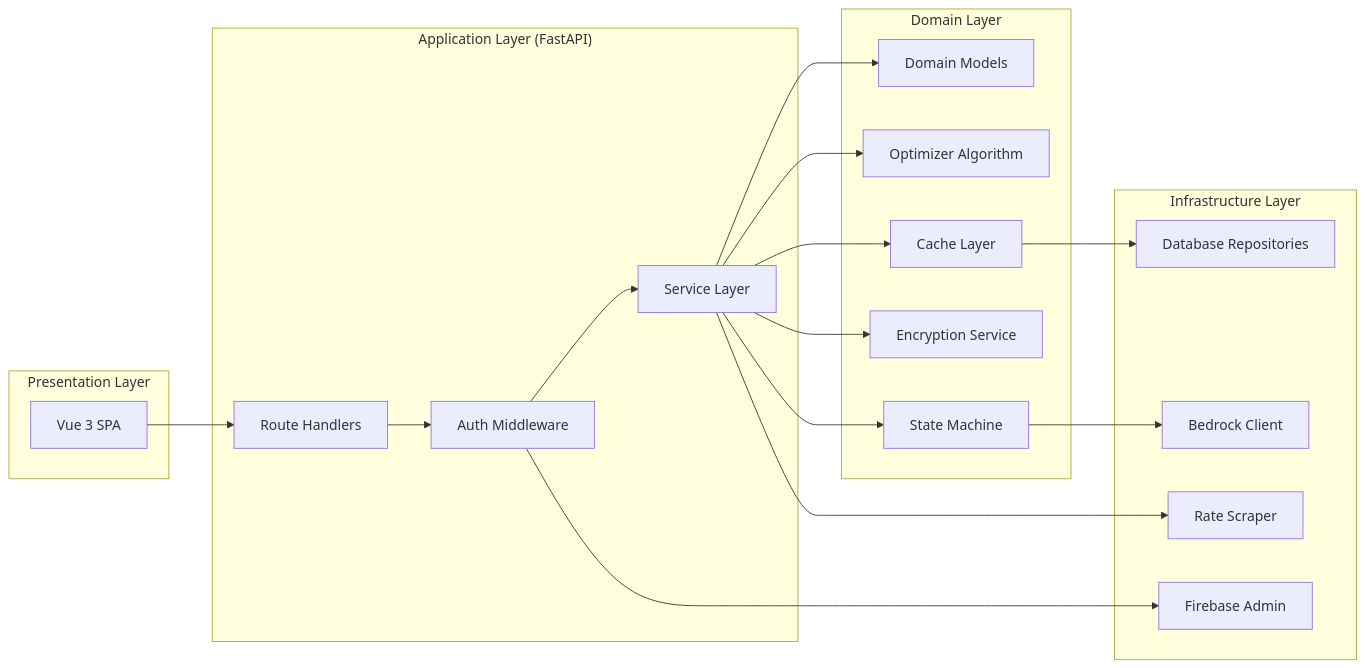
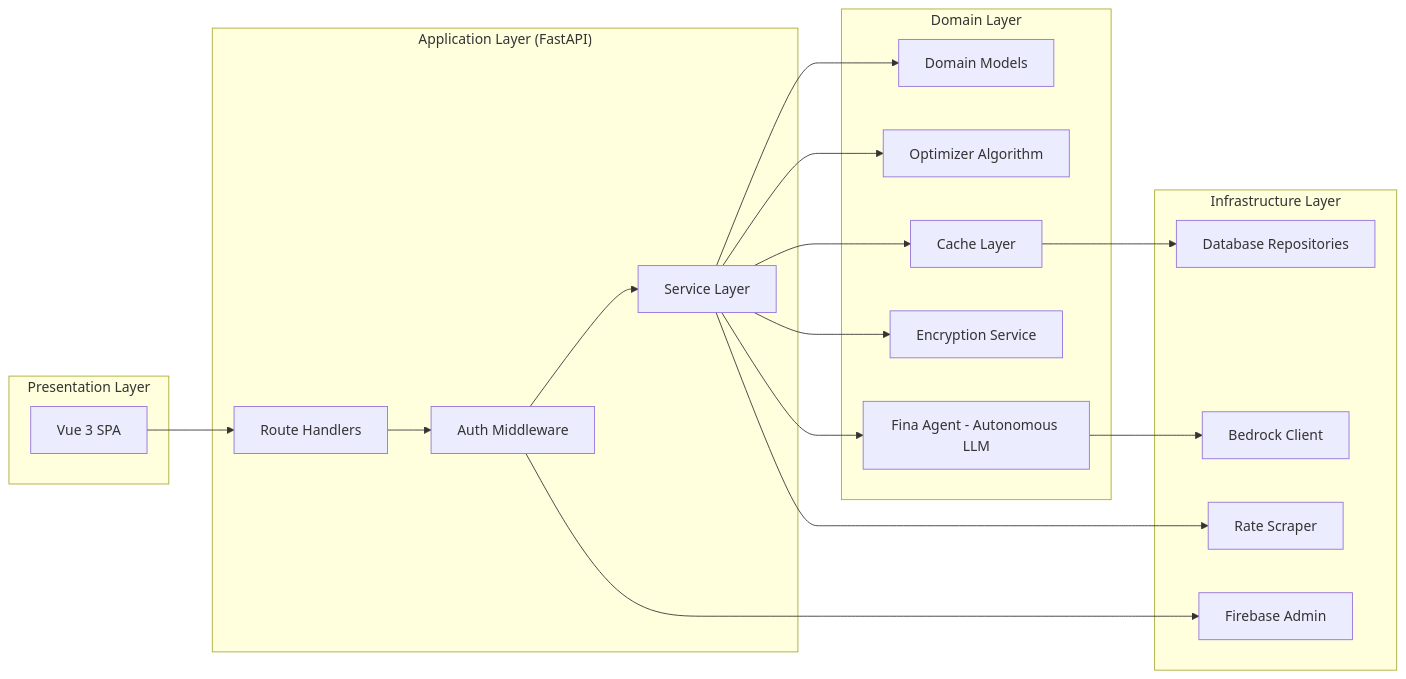
Before and after one commit to AdrianReyesGordillo/Finalat: the second of 5 diagrams in .kiro/specs/finalat-platform/design.md, drawn with Mermaid. The commit also changed other lines of this file and 67 other files, not shown here.

First line of the commit message:
feat(backend,frontend,infra): Add autonomous AI agent, admin controls, and audit/migration tools

````diff
--- a/.kiro/specs/finalat-platform/design.md
+++ b/.kiro/specs/finalat-platform/design.md
@@ -101,40 +118,40 @@
 ```mermaid
 graph LR
     subgraph Presentation["Presentation Layer"]
         SPA[Vue 3 SPA]
     end
 
     subgraph Application["Application Layer (FastAPI)"]
         ROUTES[Route Handlers]
         MIDDLEWARE[Auth Middleware]
         SERVICES[Service Layer]
     end
 
     subgraph Domain["Domain Layer"]
         MODELS[Domain Models]
         OPTIMIZER[Optimizer Algorithm]
-        STATE_MACHINE[State Machine]
+        FINA_AGENT[Fina Agent - Autonomous LLM]
         ENCRYPTION[Encryption Service]
         CACHE_L[Cache Layer]
     end
 
     subgraph Infrastructure["Infrastructure Layer"]
         DB_REPO[Database Repositories]
         BEDROCK[Bedrock Client]
         SCRAPER_I[Rate Scraper]
         FIREBASE[Firebase Admin]
     end
 
     SPA --> ROUTES
     ROUTES --> MIDDLEWARE
     MIDDLEWARE --> SERVICES
     SERVICES --> MODELS
     SERVICES --> OPTIMIZER
-    SERVICES --> STATE_MACHINE
+    SERVICES --> FINA_AGENT
     SERVICES --> ENCRYPTION
     SERVICES --> CACHE_L
     CACHE_L --> DB_REPO
-    STATE_MACHINE --> BEDROCK
+    FINA_AGENT --> BEDROCK
     SERVICES --> SCRAPER_I
     MIDDLEWARE --> FIREBASE
 ```
````
